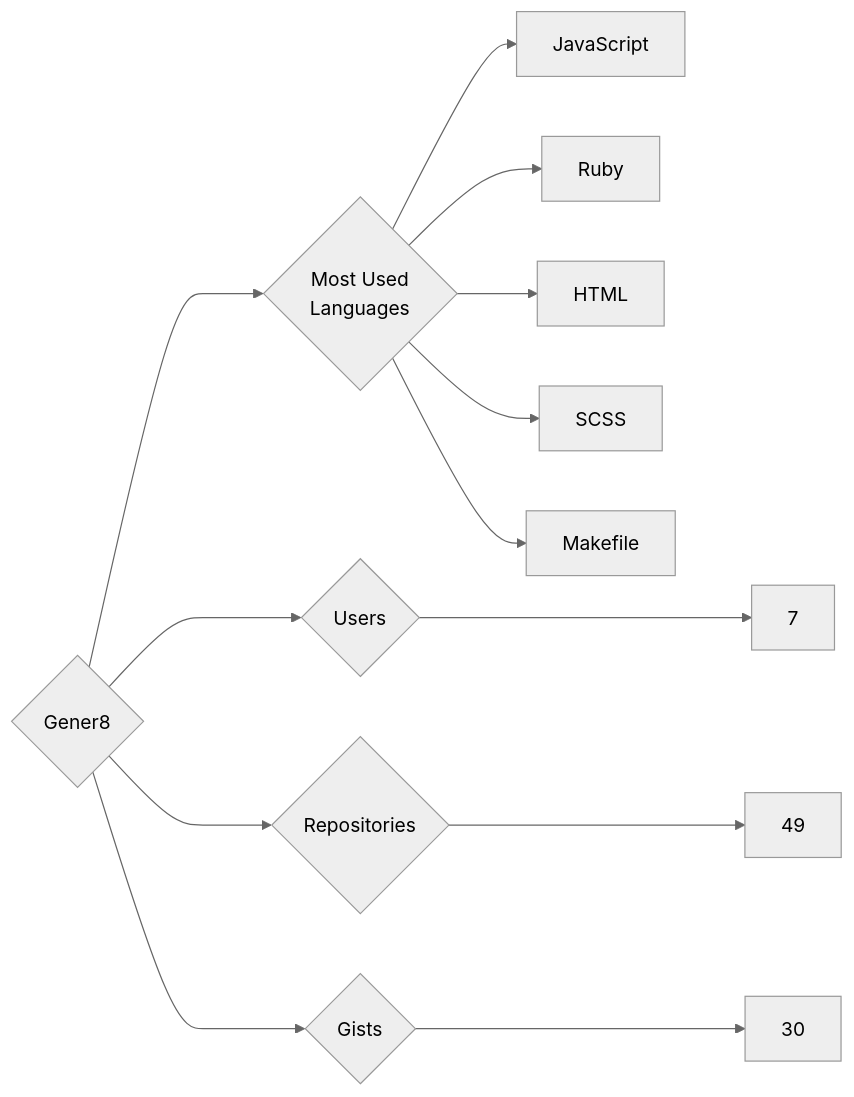
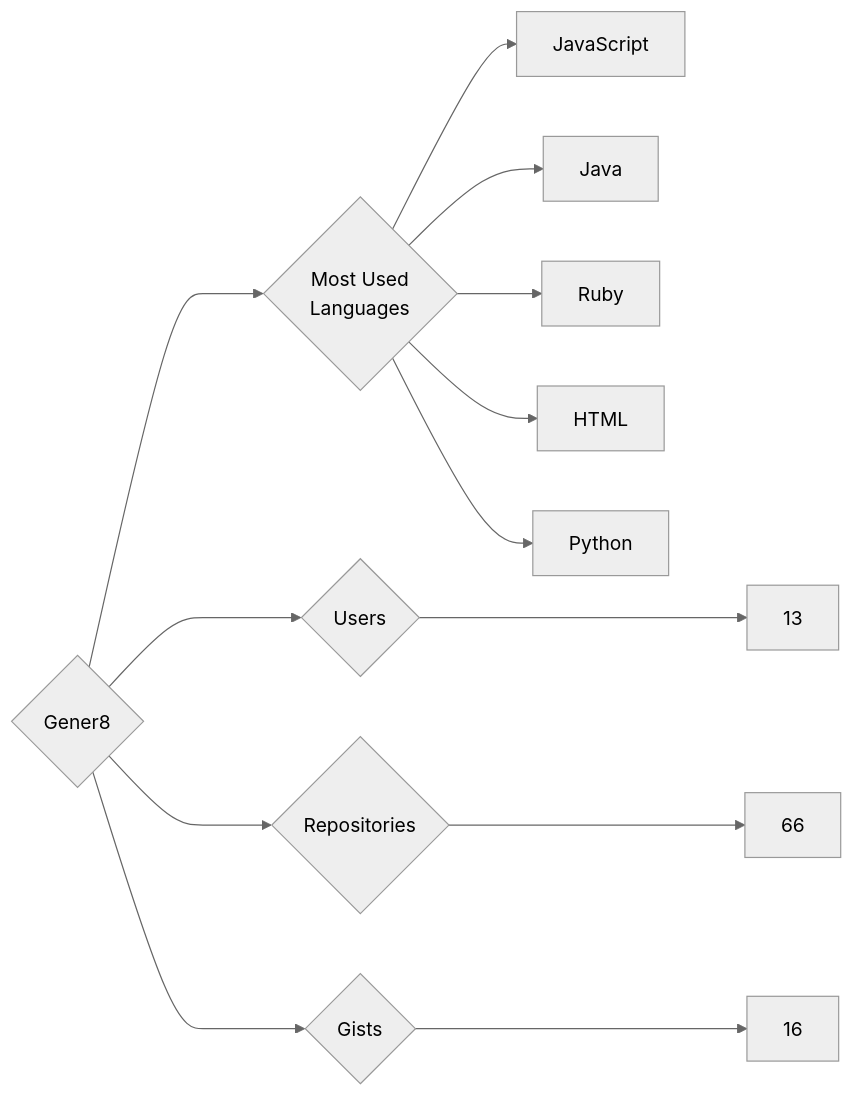
One commit to trickest/insiders changed the diagram in targets/Gener8/README.md. Above: the diagram before and after it, drawn with Mermaid (neutral theme). The commit also changed 924 other files, not shown here.

````diff
--- a/targets/Gener8/README.md
+++ b/targets/Gener8/README.md
@@ -3,13 +3,13 @@
 ```mermaid
 graph LR
 COMPANY_NAME{Gener8}
-COMPANY_NAME ---> U{Users} ---> UN[7]
-COMPANY_NAME ---> R{Repositories} ---> RN[49]
-COMPANY_NAME ---> G{Gists} ---> GN[30]
+COMPANY_NAME ---> U{Users} ---> UN[13]
+COMPANY_NAME ---> R{Repositories} ---> RN[66]
+COMPANY_NAME ---> G{Gists} ---> GN[16]
 COMPANY_NAME ---> ML{Most Used<br>Languages}
 ML --> JavaScript[JavaScript]
+ML --> Java[Java]
 ML --> Ruby[Ruby]
 ML --> HTML[HTML]
-ML --> SCSS[SCSS]
-ML --> Makefile[Makefile]
+ML --> Python[Python]
 ```
````
